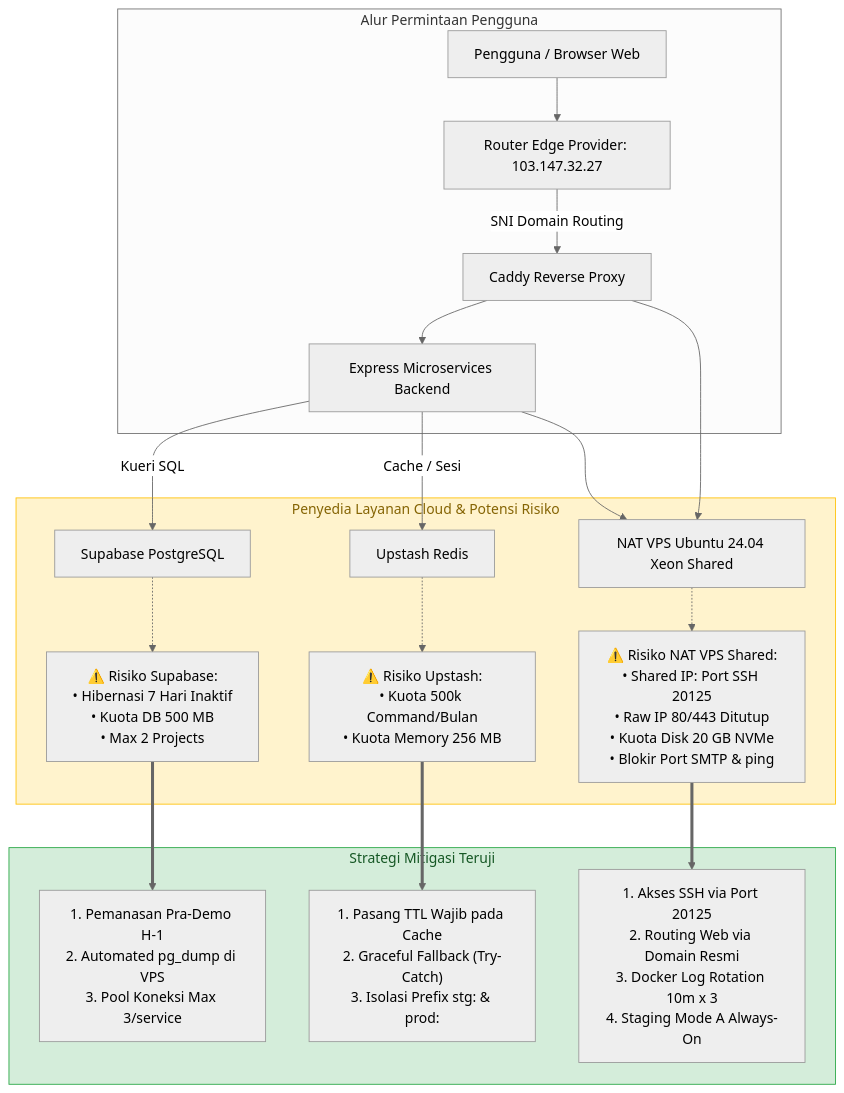
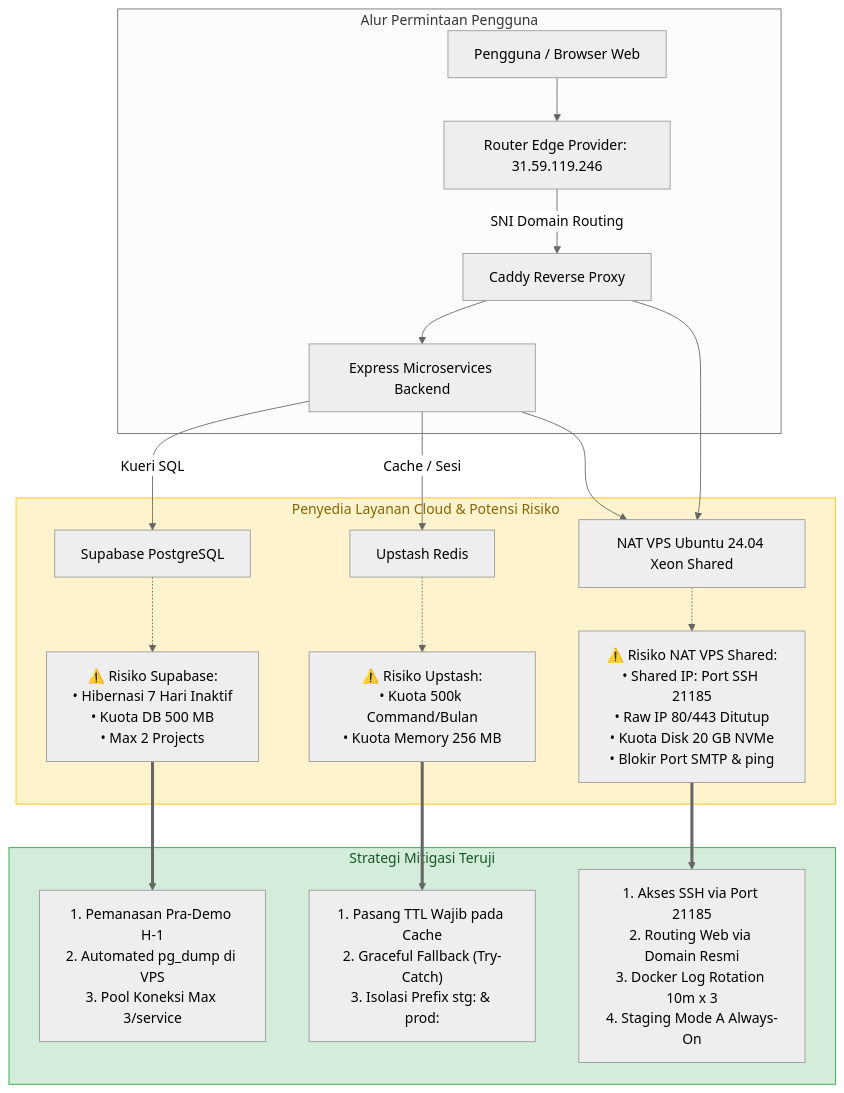
The diagram in docs/deployment/batas-hosting.md (aji-banyu/mojiji-animelist), drawn with Mermaid (neutral theme) before and after one commit. The commit also changed other lines of this file and 10 other files, not shown here.

Commit message:
chore(ops): migrasi ip publik 31.59.119.246 dan port ssh 21185 pada ci-cd dan dokumentasi

````diff
--- a/docs/deployment/batas-hosting.md
+++ b/docs/deployment/batas-hosting.md
@@ -15,31 +15,31 @@
 ```mermaid
 flowchart TD
     subgraph RequestFlow["Alur Permintaan Pengguna"]
-        Client[Pengguna / Browser Web] --> EdgeRouter[Router Edge Provider: 103.147.32.27]
+        Client[Pengguna / Browser Web] --> EdgeRouter[Router Edge Provider: 31.59.119.246]
         EdgeRouter -->|SNI Domain Routing| Caddy[Caddy Reverse Proxy]
         Caddy --> Backend[Express Microservices Backend]
     end
 
     subgraph FreeTierRisks["Penyedia Layanan Cloud & Potensi Risiko"]
         Backend -->|Kueri SQL| Supabase[Supabase PostgreSQL]
         Backend -->|Cache / Sesi| Upstash[Upstash Redis]
         Caddy & Backend --> VPS[NAT VPS Ubuntu 24.04 Xeon Shared]
         
         S_Risk["⚠️ Risiko Supabase:<br/>• Hibernasi 7 Hari Inaktif<br/>• Kuota DB 500 MB<br/>• Max 2 Projects"]
         U_Risk["⚠️ Risiko Upstash:<br/>• Kuota 500k Command/Bulan<br/>• Kuota Memory 256 MB"]
-        V_Risk["⚠️ Risiko NAT VPS Shared:<br/>• Shared IP: Port SSH 20125<br/>• Raw IP 80/443 Ditutup<br/>• Kuota Disk 20 GB NVMe<br/>• Blokir Port SMTP & ping"]
+        V_Risk["⚠️ Risiko NAT VPS Shared:<br/>• Shared IP: Port SSH 21185<br/>• Raw IP 80/443 Ditutup<br/>• Kuota Disk 20 GB NVMe<br/>• Blokir Port SMTP & ping"]
         
         Supabase -.-> S_Risk
         Upstash -.-> U_Risk
         VPS -.-> V_Risk
     end
 
     subgraph Mitigations["Strategi Mitigasi Teruji"]
         S_Risk ==> M_Supa["1. Pemanasan Pra-Demo H-1<br/>2. Automated pg_dump di VPS<br/>3. Pool Koneksi Max 3/service"]
         U_Risk ==> M_Upst["1. Pasang TTL Wajib pada Cache<br/>2. Graceful Fallback (Try-Catch)<br/>3. Isolasi Prefix stg: & prod:"]
-        V_Risk ==> M_VPS["1. Akses SSH via Port 20125<br/>2. Routing Web via Domain Resmi<br/>3. Docker Log Rotation 10m x 3<br/>4. Staging Mode A Always-On"]
+        V_Risk ==> M_VPS["1. Akses SSH via Port 21185<br/>2. Routing Web via Domain Resmi<br/>3. Docker Log Rotation 10m x 3<br/>4. Staging Mode A Always-On"]
     end
 
     style FreeTierRisks fill:#fff3cd,stroke:#ffc107,color:#856404
     style Mitigations fill:#d4edda,stroke:#28a745,color:#155724
 ```
````
